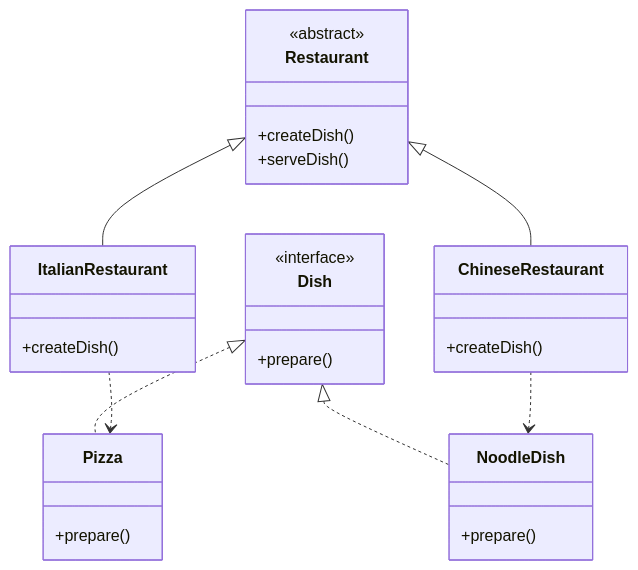
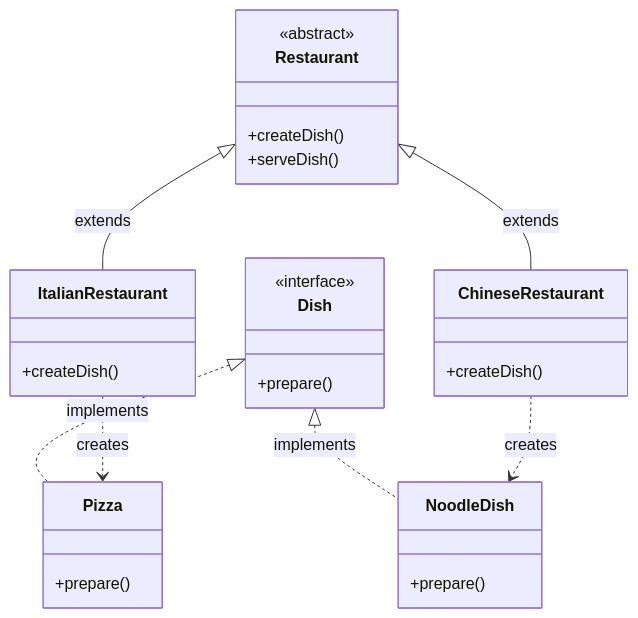
Before and after one commit to TechFille006/OOP: the second of 8 diagrams in design_patterns.md, drawn with Mermaid. The commit also changed other lines of this file, not shown here.

````diff
--- a/design_patterns.md
+++ b/design_patterns.md
@@ -43,30 +43,30 @@
 ```mermaid
 classDiagram
     class Restaurant {
         <<abstract>>
         +createDish()
         +serveDish()
     }
     class ItalianRestaurant {
         +createDish()
     }
     class ChineseRestaurant {
         +createDish()
     }
     class Dish {
         <<interface>>
         +prepare()
     }
     class Pizza {
         +prepare()
     }
     class NoodleDish {
         +prepare()
     }
-    Restaurant <|-- ItalianRestaurant
-    Restaurant <|-- ChineseRestaurant
-    Dish <|.. Pizza
-    Dish <|.. NoodleDish
-    ItalianRestaurant ..> Pizza
-    ChineseRestaurant ..> NoodleDish
+    Restaurant <|-- ItalianRestaurant : extends
+    Restaurant <|-- ChineseRestaurant : extends
+    Dish <|.. Pizza : implements
+    Dish <|.. NoodleDish : implements
+    ItalianRestaurant ..> Pizza : creates
+    ChineseRestaurant ..> NoodleDish : creates
 ```
````
